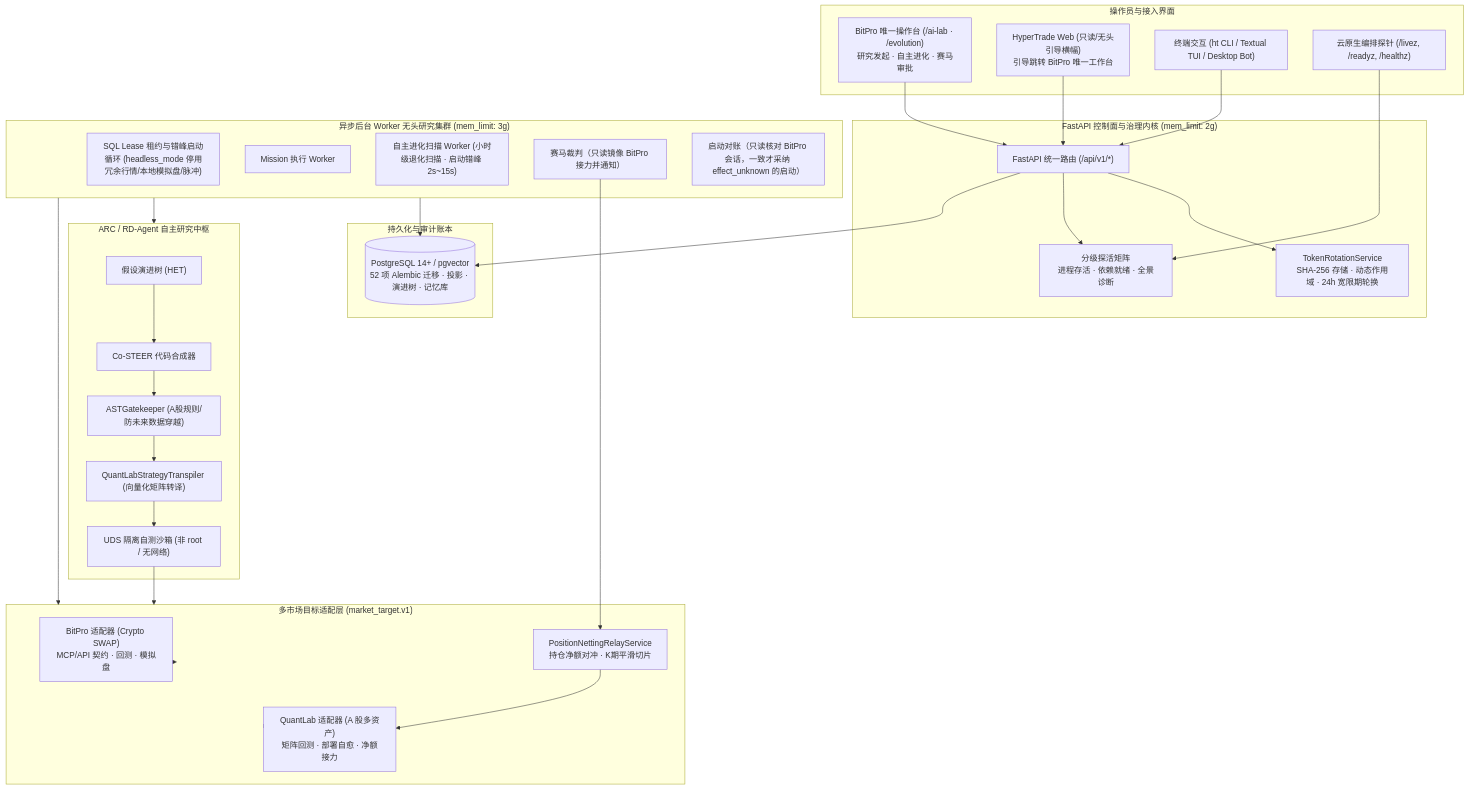
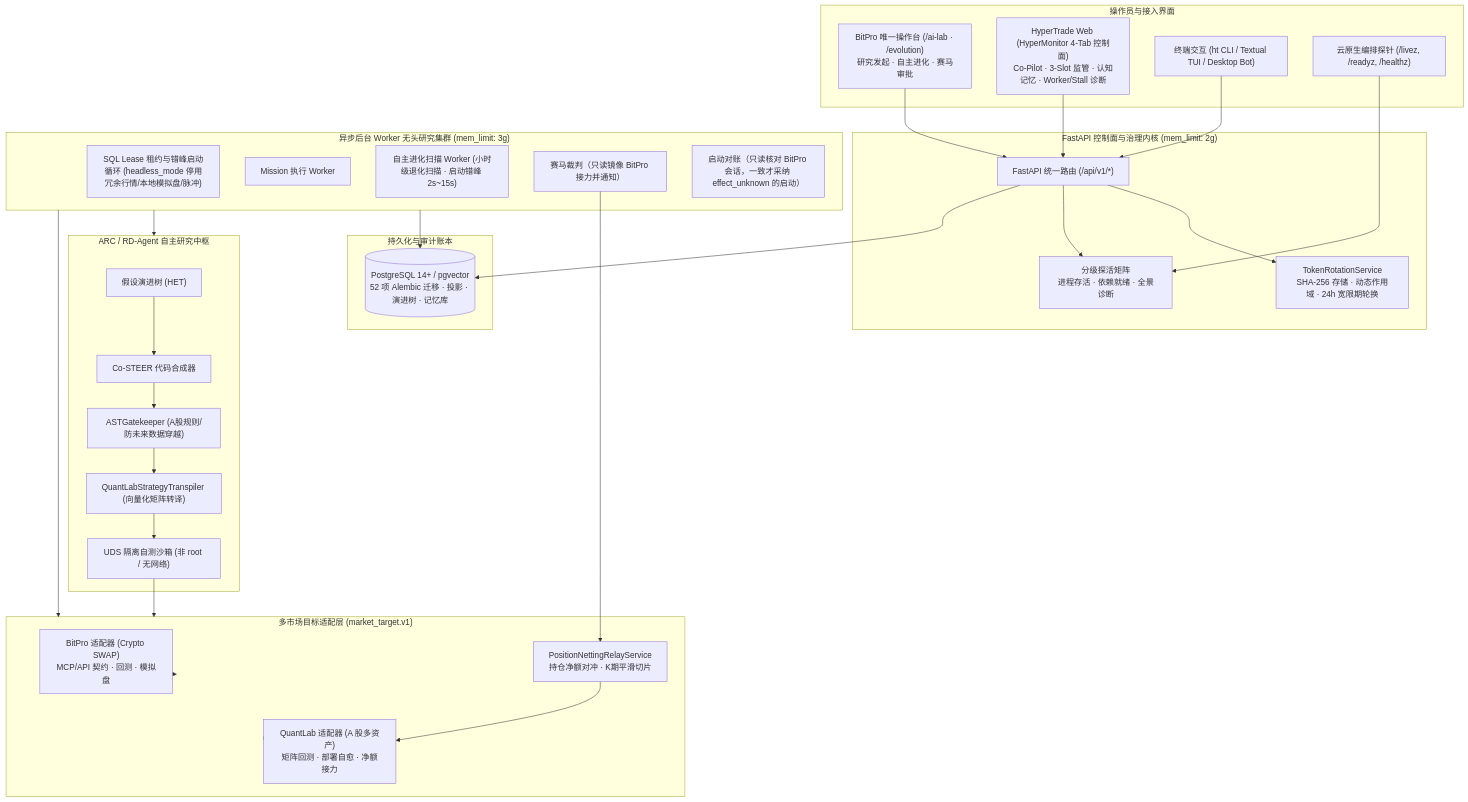
One commit to Shadowell/HyperTrade changed the diagram in docs/architecture/33-system-architecture.md. Above: the diagram before and after it, drawn with Mermaid. The commit also changed other lines of this file and 7 other files, not shown here.

Commit message:
docs: synchronize HyperMonitor 4-tab workbench and control-plane APIs

````diff
--- a/docs/architecture/33-system-architecture.md
+++ b/docs/architecture/33-system-architecture.md
@@ -54,58 +56,58 @@
 ```mermaid
 flowchart TB
   subgraph Surfaces["操作员与接入界面"]
     BitProUI["BitPro 唯一操作台 (/ai-lab · /evolution)<br/>研究发起 · 自主进化 · 赛马审批"]
-    Web["HyperTrade Web (只读/无头引导横幅)<br/>引导跳转 BitPro 唯一工作台"]
+    Web["HyperTrade Web (HyperMonitor 4-Tab 控制面)<br/>Co-Pilot · 3-Slot 监管 · 认知记忆 · Worker/Stall 诊断"]
     CLI["终端交互 (ht CLI / Textual TUI / Desktop Bot)"]
     K8s["云原生编排探针 (/livez, /readyz, /healthz)"]
   end
 
   subgraph ControlPlane["FastAPI 控制面与治理内核 (mem_limit: 2g)"]
     API["FastAPI 统一路由 (/api/v1/*)"]
     TokenManager["TokenRotationService<br/>SHA-256 存储 · 动态作用域 · 24h 宽限期轮换"]
     HealthProbes["分级探活矩阵<br/>进程存活 · 依赖就绪 · 全景诊断"]
     API --> TokenManager
     API --> HealthProbes
   end
 
   subgraph WorkerCore["异步后台 Worker 无头研究集群 (mem_limit: 3g)"]
     WorkerLoop["SQL Lease 租约与错峰启动循环 (headless_mode 停用冗余行情/本地模拟盘/脉冲)"]
     MissionWorker["Mission 执行 Worker"]
     EvolutionWorker["自主进化扫描 Worker (小时级退化扫描 · 启动错峰 2s~15s)"]
     RaceJudgeWorker["赛马裁判（只读镜像 BitPro 接力并通知）"]
     PaperEffectReconciler["启动对账（只读核对 BitPro 会话，一致才采纳 effect_unknown 的启动）"]
   end
 
   subgraph ResearchEngine["ARC / RD-Agent 自主研究中枢"]
     HET["假设演进树 (HET)"]
     CoSTEER["Co-STEER 代码合成器"]
     ASTGate["ASTGatekeeper (A股规则/防未来数据穿越)"]
     Transpiler["QuantLabStrategyTranspiler (向量化矩阵转译)"]
     Sandbox["UDS 隔离自测沙箱 (非 root / 无网络)"]
     
     HET --> CoSTEER --> ASTGate --> Transpiler --> Sandbox
   end
 
   subgraph TargetAdapters["多市场目标适配层 (market_target.v1)"]
     BitProAdapter["BitPro 适配器 (Crypto SWAP)<br/>MCP/API 契约 · 回测 · 模拟盘"]
     QuantLabAdapter["QuantLab 适配器 (A 股多资产)<br/>矩阵回测 · 部署自愈 · 净额接力"]
     NettingService["PositionNettingRelayService<br/>持仓净额对冲 · K期平滑切片"]
   end
 
   subgraph Persistence["持久化与审计账本"]
     PG[("PostgreSQL 14+ / pgvector<br/>52 项 Alembic 迁移 · 投影 · 演进树 · 记忆库")]
   end
 
   BitProUI --> API
   Web --> API
   CLI --> API
   K8s --> HealthProbes
   API --> PG
   WorkerCore --> PG
   WorkerCore --> ResearchEngine
   WorkerCore --> TargetAdapters
   Sandbox --> TargetAdapters
   RaceJudgeWorker --> NettingService --> QuantLabAdapter
   TargetAdapters --> BitProAdapter
   TargetAdapters --> QuantLabAdapter
 ```
````
